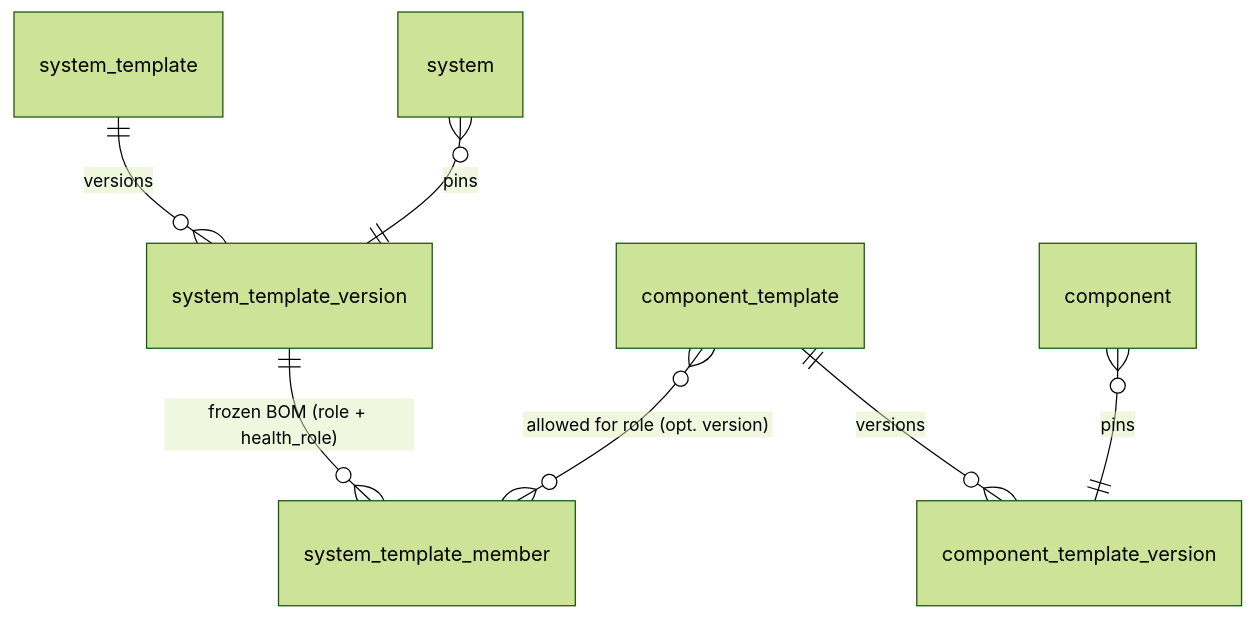
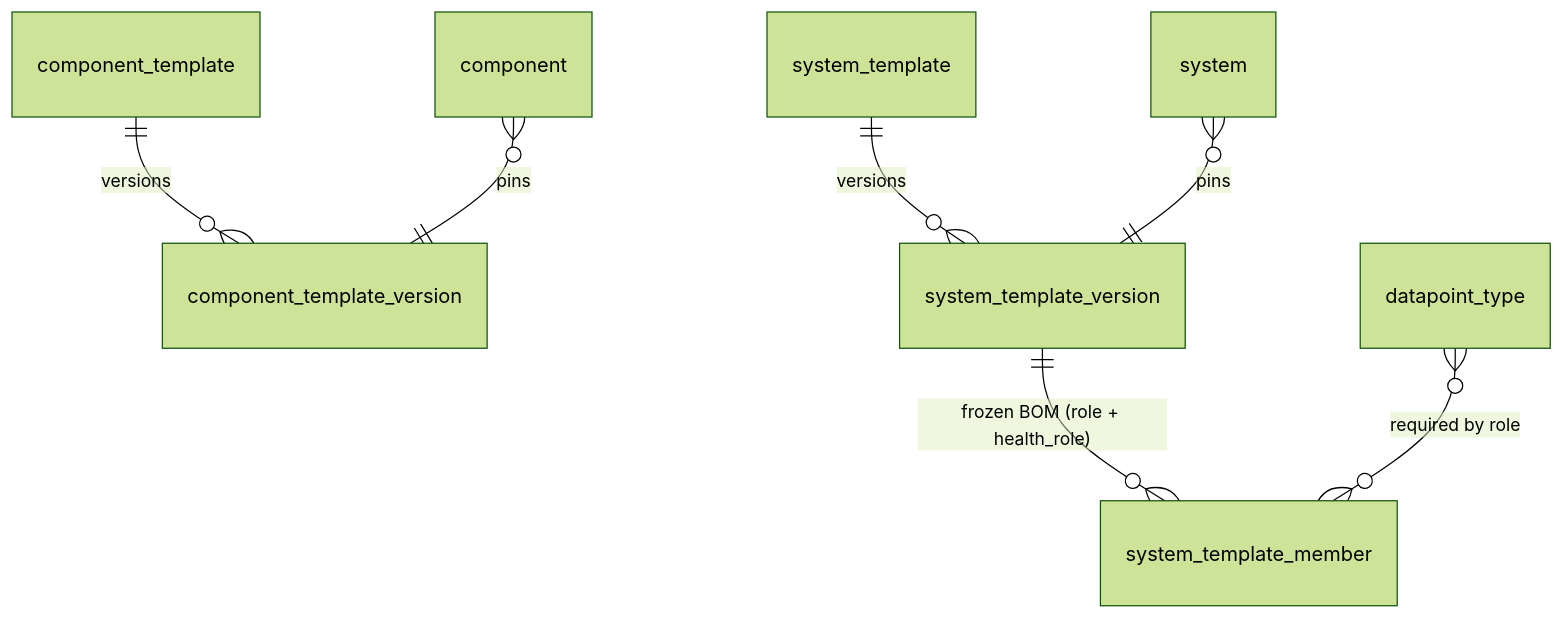
The diagram in docs/src/content/docs/architecture/templates.md (hyperscaleav/omniglass), drawn with Mermaid (forest theme) before and after one commit. The commit also changed other lines of this file and 3 other files, not shown here.

First line of the commit message:
docs(architecture): system roles declare a requirement, not an allow-list

````diff
--- a/docs/src/content/docs/architecture/templates.md
+++ b/docs/src/content/docs/architecture/templates.md
@@ -204,9 +227,9 @@
 ```mermaid
 erDiagram
   component_template ||--o{ component_template_version : versions
   system_template    ||--o{ system_template_version    : versions
   system_template_version ||--o{ system_template_member : "frozen BOM (role + health_role)"
-  component_template }o--o{ system_template_member : "allowed for role (opt. version)"
+  datapoint_type }o--o{ system_template_member : "required by role"
   component }o--|| component_template_version : pins
   system    }o--|| system_template_version    : pins
 ```
````
